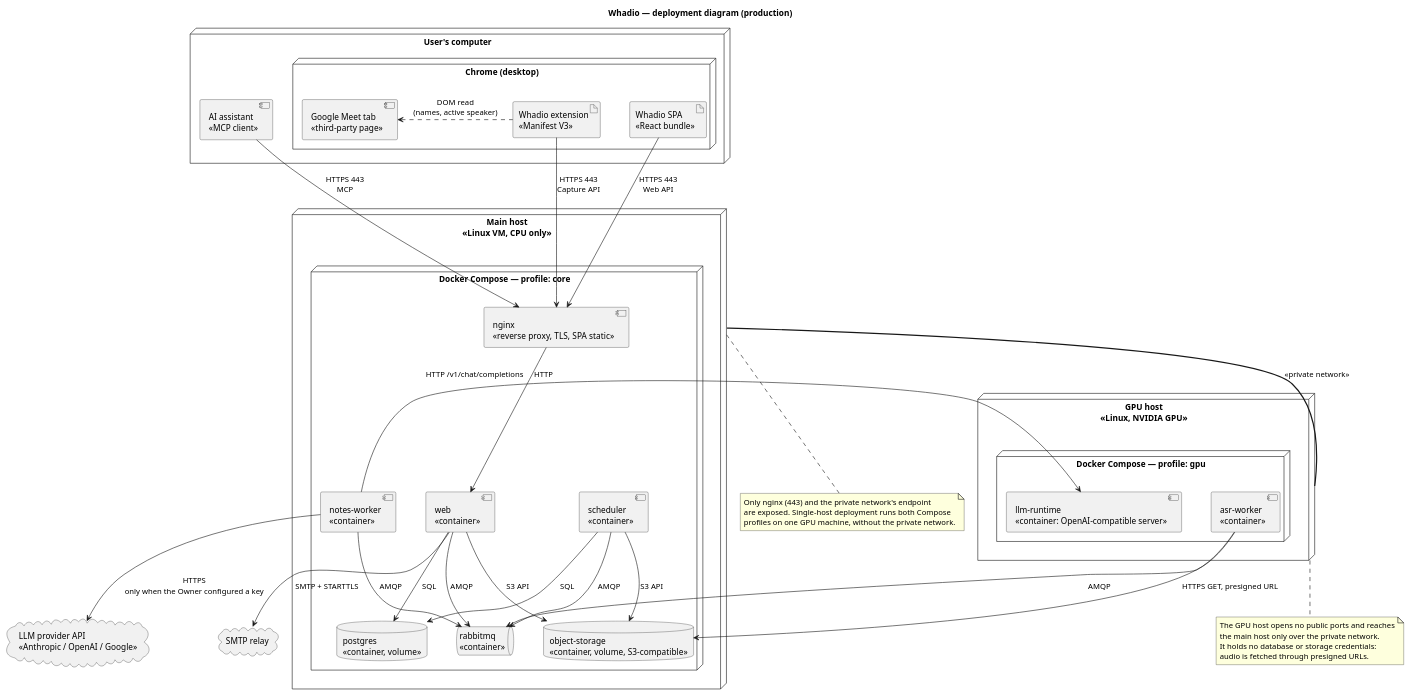
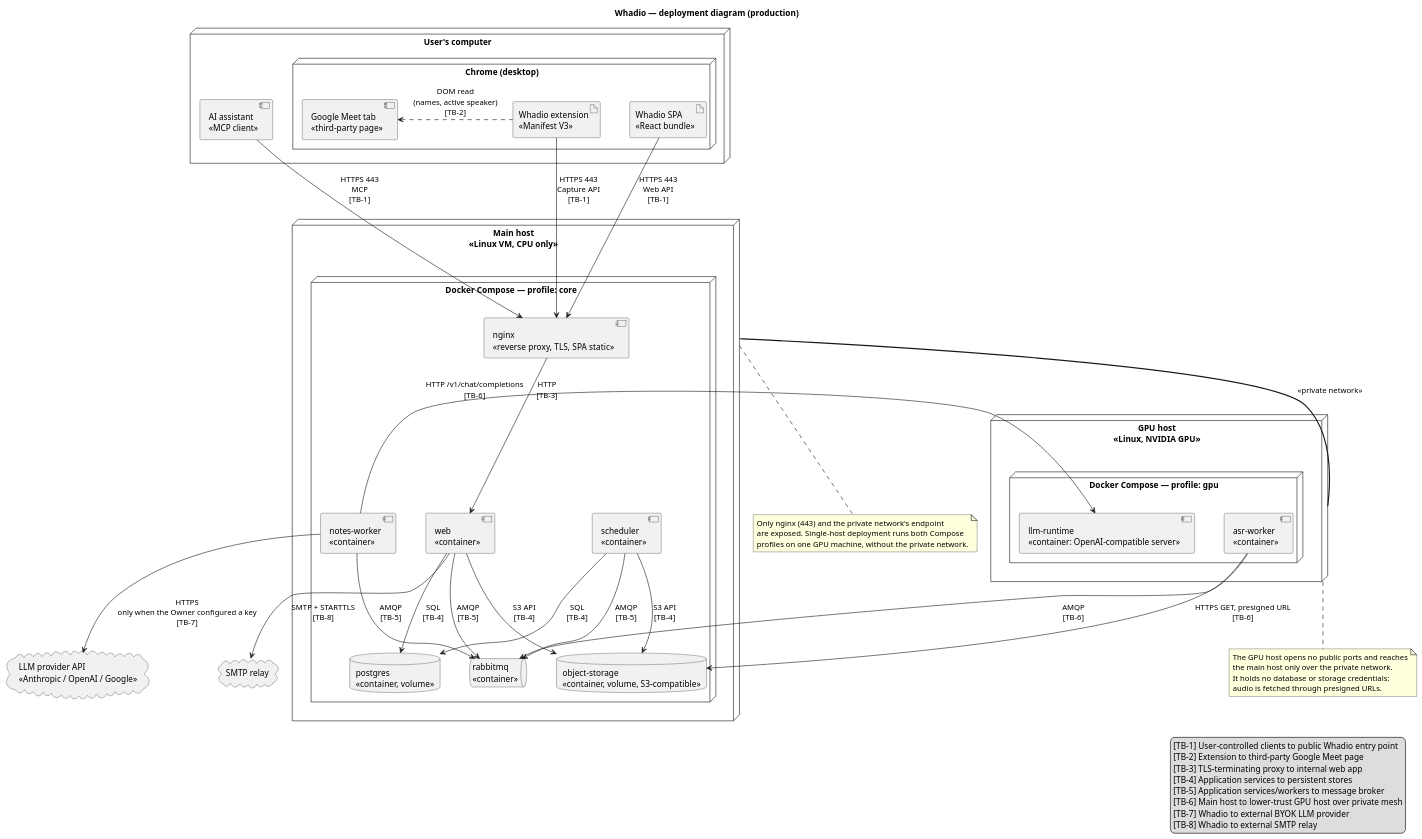
Before and after one commit to ukma-fin-ssdm-2026/Whadio: the diagram in docs/architecture/uml/deployment-diagram.puml, drawn with PlantUML. The commit also changed 2 other files, not shown here.

Commit message:
docs(#27): add final changes to threat model and accord to deployment diagram

```diff
--- a/docs/architecture/uml/deployment-diagram.puml
+++ b/docs/architecture/uml/deployment-diagram.puml
@@ -1,76 +1,87 @@
 @startuml deployment-diagram
 title Whadio — deployment diagram (production)
 
 skinparam nodesep 50
 skinparam ranksep 70
 
 node "User's computer" as pc {
   node "Chrome (desktop)" as chrome {
     artifact "Whadio extension\n<<Manifest V3>>" as ext
     component "Google Meet tab\n<<third-party page>>" as meet
     artifact "Whadio SPA\n<<React bundle>>" as spa
   }
   component "AI assistant\n<<MCP client>>" as mcpClient
 }
 
 node "Main host\n<<Linux VM, CPU only>>" as main {
   node "Docker Compose — profile: core" as composeCore {
     component "nginx\n<<reverse proxy, TLS, SPA static>>" as nginx
     component "web\n<<container>>" as web
     component "scheduler\n<<container>>" as scheduler
     component "notes-worker\n<<container>>" as notesWorker
     queue "rabbitmq\n<<container>>" as mq
     database "postgres\n<<container, volume>>" as db
     database "object-storage\n<<container, volume, S3-compatible>>" as store
   }
 }
 
 node "GPU host\n<<Linux, NVIDIA GPU>>" as gpu {
   node "Docker Compose — profile: gpu" as composeGpu {
     component "asr-worker\n<<container>>" as asrWorker
     component "llm-runtime\n<<container: OpenAI-compatible server>>" as llm
   }
 }
 
 cloud "LLM provider API\n<<Anthropic / OpenAI / Google>>" as provider
 cloud "SMTP relay" as smtp
 
 ' --- Clients: nginx is the only public entry point ---
-ext --> nginx : HTTPS 443\nCapture API
-spa --> nginx : HTTPS 443\nWeb API
-mcpClient --> nginx : HTTPS 443\nMCP
-ext .left.> meet : DOM read\n(names, active speaker)
+ext --> nginx : HTTPS 443\nCapture API\n[TB-1]
+spa --> nginx : HTTPS 443\nWeb API\n[TB-1]
+mcpClient --> nginx : HTTPS 443\nMCP\n[TB-1]
+ext .left.> meet : DOM read\n(names, active speaker)\n[TB-2]
 
 ' --- Inside the main host ---
-nginx --> web : HTTP
-web --> db : SQL
-web --> store : S3 API
-web --> mq : AMQP
-scheduler --> db : SQL
-scheduler --> store : S3 API
-scheduler --> mq : AMQP
-notesWorker --> mq : AMQP
+nginx --> web : HTTP\n[TB-3]
+web --> db : SQL\n[TB-4]
+web --> store : S3 API\n[TB-4]
+web --> mq : AMQP\n[TB-5]
+scheduler --> db : SQL\n[TB-4]
+scheduler --> store : S3 API\n[TB-4]
+scheduler --> mq : AMQP\n[TB-5]
+notesWorker --> mq : AMQP\n[TB-5]
 
 ' --- Between the hosts: everything travels over the private network ---
 gpu == main : <<private network>>
-asrWorker --> mq : AMQP
-asrWorker --> store : HTTPS GET, presigned URL
-notesWorker --> llm : HTTP /v1/chat/completions
+asrWorker --> mq : AMQP\n[TB-6]
+asrWorker --> store : HTTPS GET, presigned URL\n[TB-6]
+notesWorker --> llm : HTTP /v1/chat/completions\n[TB-6]
 
 ' --- Egress to third parties ---
-notesWorker --> provider : HTTPS\nonly when the Owner configured a key
-web --> smtp : SMTP + STARTTLS
+notesWorker --> provider : HTTPS\nonly when the Owner configured a key\n[TB-7]
+web --> smtp : SMTP + STARTTLS\n[TB-8]
 
 note bottom of gpu
   The GPU host opens no public ports and reaches
   the main host only over the private network.
   It holds no database or storage credentials:
   audio is fetched through presigned URLs.
 end note
 
 note bottom of main
   Only nginx (443) and the private network's endpoint
   are exposed. Single-host deployment runs both Compose
   profiles on one GPU machine, without the private network.
 end note
+
+legend right
+  [TB-1] User-controlled clients to public Whadio entry point
+  [TB-2] Extension to third-party Google Meet page
+  [TB-3] TLS-terminating proxy to internal web app
+  [TB-4] Application services to persistent stores
+  [TB-5] Application services/workers to message broker
+  [TB-6] Main host to lower-trust GPU host over private mesh
+  [TB-7] Whadio to external BYOK LLM provider
+  [TB-8] Whadio to external SMTP relay
+endlegend
 @enduml
```
